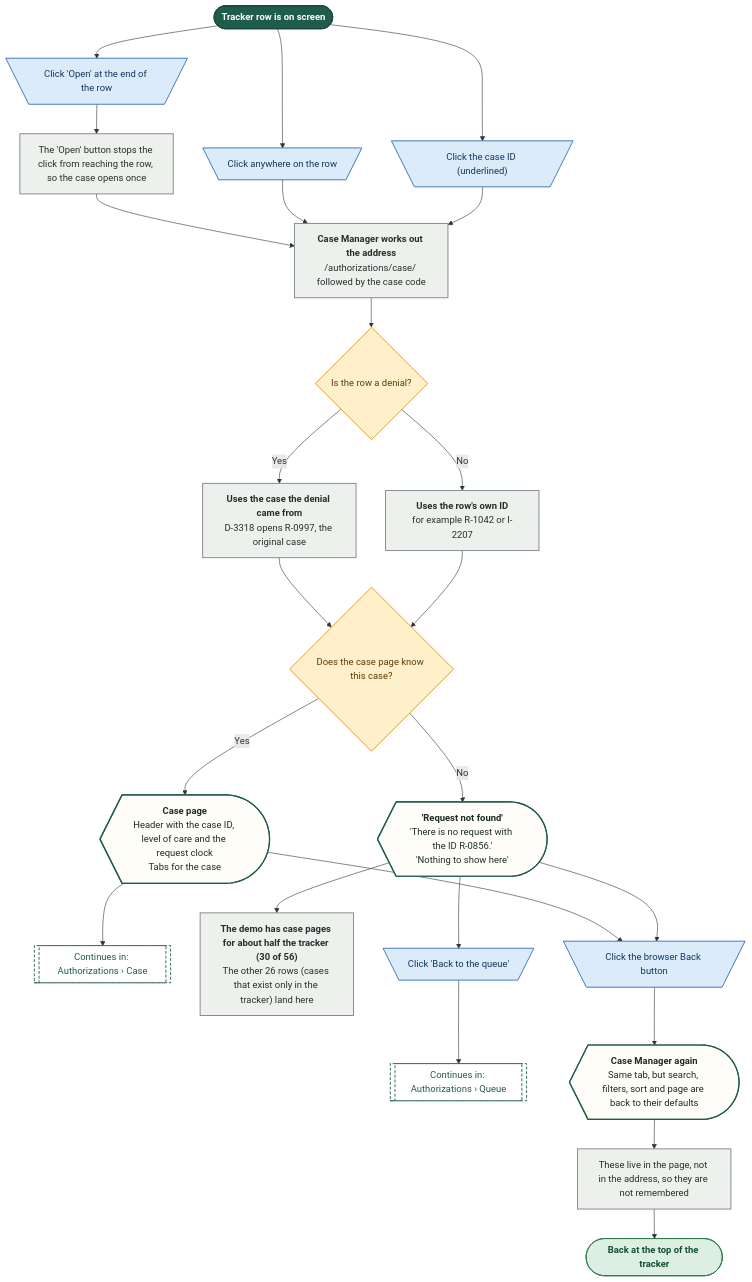
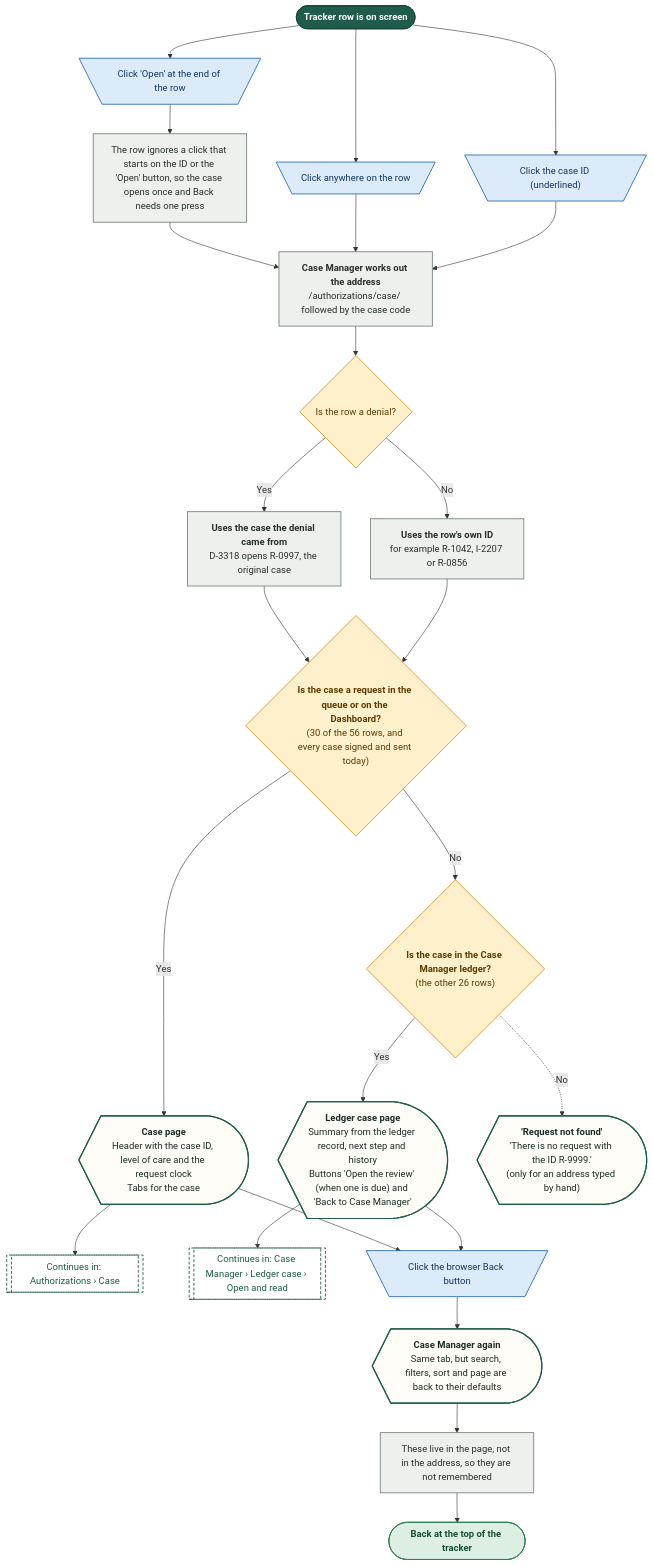
Diagram 11 of 21 in demos/prior-auth-demo/workflows/out/md/07-case-manager.md (Shrav143/psyfloapp), drawn with Mermaid before and after one commit. The commit also changed other lines of this file and 195 other files, not shown here.

First line of the commit message:
docs: Rebuild workflow diagrams after the demo fixes (220 diagrams)

````diff
--- a/demos/prior-auth-demo/workflows/out/md/07-case-manager.md
+++ b/demos/prior-auth-demo/workflows/out/md/07-case-manager.md
@@ -607,60 +749,61 @@
 ```mermaid
 %%{init: {"theme":"base","themeVariables":{"fontFamily":"'DM Sans', 'Segoe UI', system-ui, sans-serif","fontSize":"15px","lineColor":"#5B6B63","primaryTextColor":"#1C2B25","clusterBkg":"#FBF8F3","clusterBorder":"#D9CDBB","edgeLabelBackground":"#FFFFFF"},"flowchart":{"curve":"basis","nodeSpacing":36,"rankSpacing":48,"padding":12,"htmlLabels":true,"useMaxWidth":false,"wrappingWidth":230}} }%%
 flowchart TD
   classDef k_start fill:#1F5C4B,stroke:#174638,color:#FFFFFF,stroke-width:1.5px,font-weight:600
   classDef k_end fill:#DDEFE3,stroke:#2E7D4F,color:#14502F,stroke-width:1.5px,font-weight:600
   classDef k_endx fill:#FBE3E0,stroke:#C0392B,color:#7A1F16,stroke-width:1.5px,font-weight:600
   classDef k_screen fill:#FFFDF8,stroke:#1F5C4B,color:#1C2B25,stroke-width:2px
   classDef k_overlay fill:#F1F7F3,stroke:#1F5C4B,color:#1C2B25,stroke-width:2px,stroke-dasharray:5 3
   classDef k_click fill:#DCEBFA,stroke:#2F6DB5,color:#12365F,stroke-width:1.5px
   classDef k_input fill:#E4E7FF,stroke:#4C5FD5,color:#1D2670,stroke-width:1.5px
   classDef k_process fill:#EEF0EE,stroke:#7A857F,color:#26302B,stroke-width:1.5px
   classDef k_agent fill:#EEE5FA,stroke:#7A4FC2,color:#341A63,stroke-width:1.5px
   classDef k_decision fill:#FFF0CC,stroke:#D9962B,color:#5C3B00,stroke-width:1.5px
   classDef k_store fill:#D5F0EA,stroke:#1C8E7B,color:#0B4A3F,stroke-width:1.5px
   classDef k_doc fill:#F6E9DC,stroke:#B07A4C,color:#4A2E14,stroke-width:1.5px
   classDef k_ext fill:#FFE6D2,stroke:#E07B39,color:#6B2F06,stroke-width:1.5px
   classDef k_wait fill:#E4E8EE,stroke:#6B7C93,color:#26303D,stroke-width:1.5px
   classDef k_toast fill:#FFF9DB,stroke:#C9A400,color:#5A4A00,stroke-width:1.5px
   classDef k_goto fill:#FFFFFF,stroke:#1F5C4B,color:#1F5C4B,stroke-width:1.5px,stroke-dasharray:5 3
   s1@{ shape: stadium, label: "Tracker row is on screen" }
   c1@{ shape: trap-t, label: "Click anywhere on the row" }
   c2@{ shape: trap-t, label: "Click the case ID (underlined)" }
   c3@{ shape: trap-t, label: "Click 'Open' at the end of the row" }
-  p0@{ shape: rect, label: "The 'Open' button stops the click from reaching the row, so the case opens once" }
+  p0@{ shape: rect, label: "The row ignores a click that starts on the ID or the 'Open' button, so the case opens once and Back needs one press" }
   p1@{ shape: rect, label: "<b>Case Manager works out the address</b><br/>/authorizations/case/ followed by the case code" }
   d1@{ shape: diam, label: "Is the row a denial?" }
   p2@{ shape: rect, label: "<b>Uses the case the denial came from</b><br/>D-3318 opens R-0997, the original case" }
-  p3@{ shape: rect, label: "<b>Uses the row's own ID</b><br/>for example R-1042 or I-2207" }
-  d2@{ shape: diam, label: "Does the case page know this case?" }
+  p3@{ shape: rect, label: "<b>Uses the row's own ID</b><br/>for example R-1042, I-2207 or R-0856" }
+  d2@{ shape: diam, label: "<b>Is the case a request in the queue or on the Dashboard?</b><br/>(30 of the 56 rows, and every case signed and sent today)" }
   s2@{ shape: curv-trap, label: "<b>Case page</b><br/>Header with the case ID, level of care and the request clock<br/>Tabs for the case" }
   g1@{ shape: subproc, label: "Continues in: Authorizations › Case" }
-  s3@{ shape: curv-trap, label: "<b>'Request not found'</b><br/>'There is no request with the ID R-0856.'<br/>'Nothing to show here'" }
-  p4@{ shape: rect, label: "<b>The demo has case pages for about half the tracker (30 of 56)</b><br/>The other 26 rows (cases that exist only in the tracker) land here" }
-  c4@{ shape: trap-t, label: "Click 'Back to the queue'" }
-  g2@{ shape: subproc, label: "Continues in: Authorizations › Queue" }
+  d3@{ shape: diam, label: "<b>Is the case in the Case Manager ledger?</b><br/>(the other 26 rows)" }
+  s3@{ shape: curv-trap, label: "<b>Ledger case page</b><br/>Summary from the ledger record, next step and history<br/>Buttons 'Open the review' (when one is due) and 'Back to Case Manager'" }
+  g3@{ shape: subproc, label: "Continues in: Case Manager › Ledger case › Open and read" }
+  s5@{ shape: curv-trap, label: "<b>'Request not found'</b><br/>'There is no request with the ID R-9999.'<br/>(only for an address typed by hand)" }
   c5@{ shape: trap-t, label: "Click the browser Back button" }
   s4@{ shape: curv-trap, label: "<b>Case Manager again</b><br/>Same tab, but search, filters, sort and page are back to their defaults" }
   p5@{ shape: rect, label: "These live in the page, not in the address, so they are not remembered" }
   e1@{ shape: stadium, label: "Back at the top of the tracker" }
   s1 --> c1 & c2 & c3
   c3 --> p0 --> p1
   c1 --> p1
   c2 --> p1
   p1 --> d1
   d1 -->|"Yes"| p2 --> d2
   d1 -->|"No"| p3 --> d2
   d2 -->|"Yes"| s2 --> g1
-  d2 -->|"No"| s3 --> p4
-  s3 --> c4 --> g2
+  d2 -->|"No"| d3
+  d3 -->|"Yes"| s3 --> g3
+  d3 -.->|"No"| s5
   s2 --> c5
   s3 --> c5
   c5 --> s4 --> p5 --> e1
   class s1 k_start
-  class c1,c2,c3,c4,c5 k_click
-  class p0,p1,p2,p3,p4,p5 k_process
-  class d1,d2 k_decision
-  class s2,s3,s4 k_screen
-  class g1,g2 k_goto
+  class c1,c2,c3,c5 k_click
+  class p0,p1,p2,p3,p5 k_process
+  class d1,d2,d3 k_decision
+  class s2,s3,s5,s4 k_screen
+  class g1,g3 k_goto
   class e1 k_end
 ```
````
